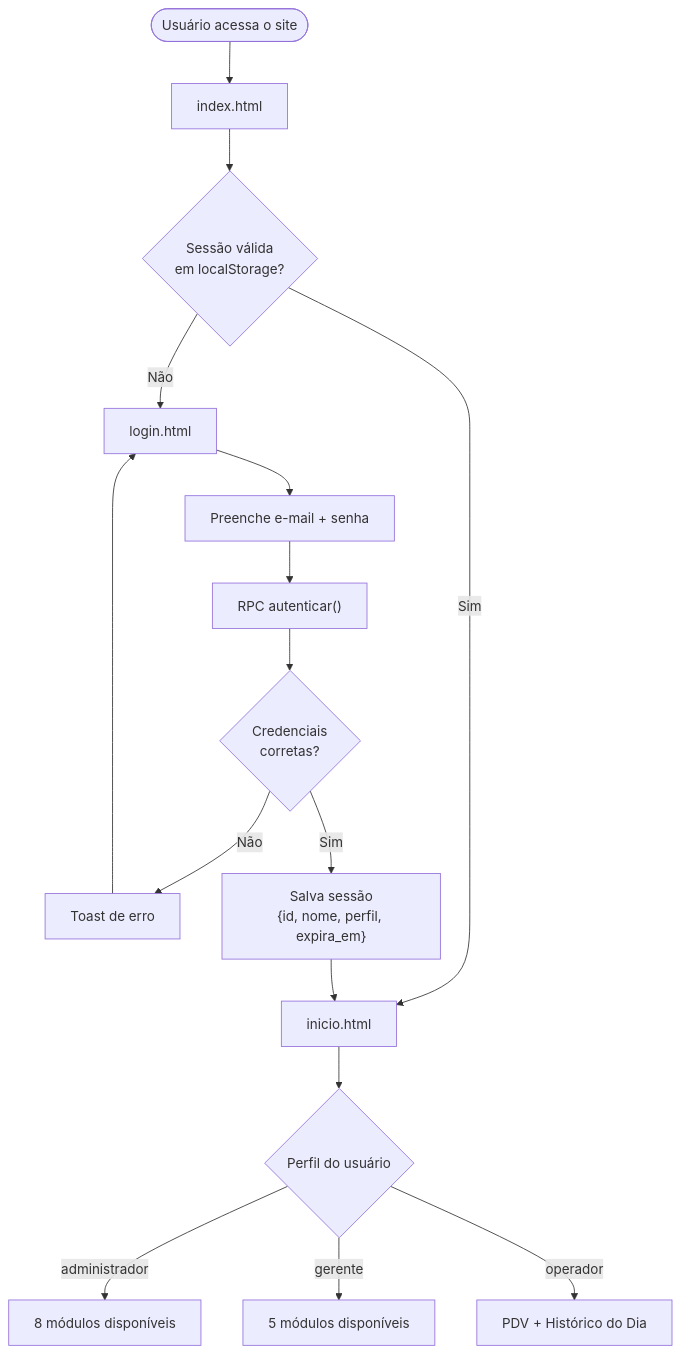
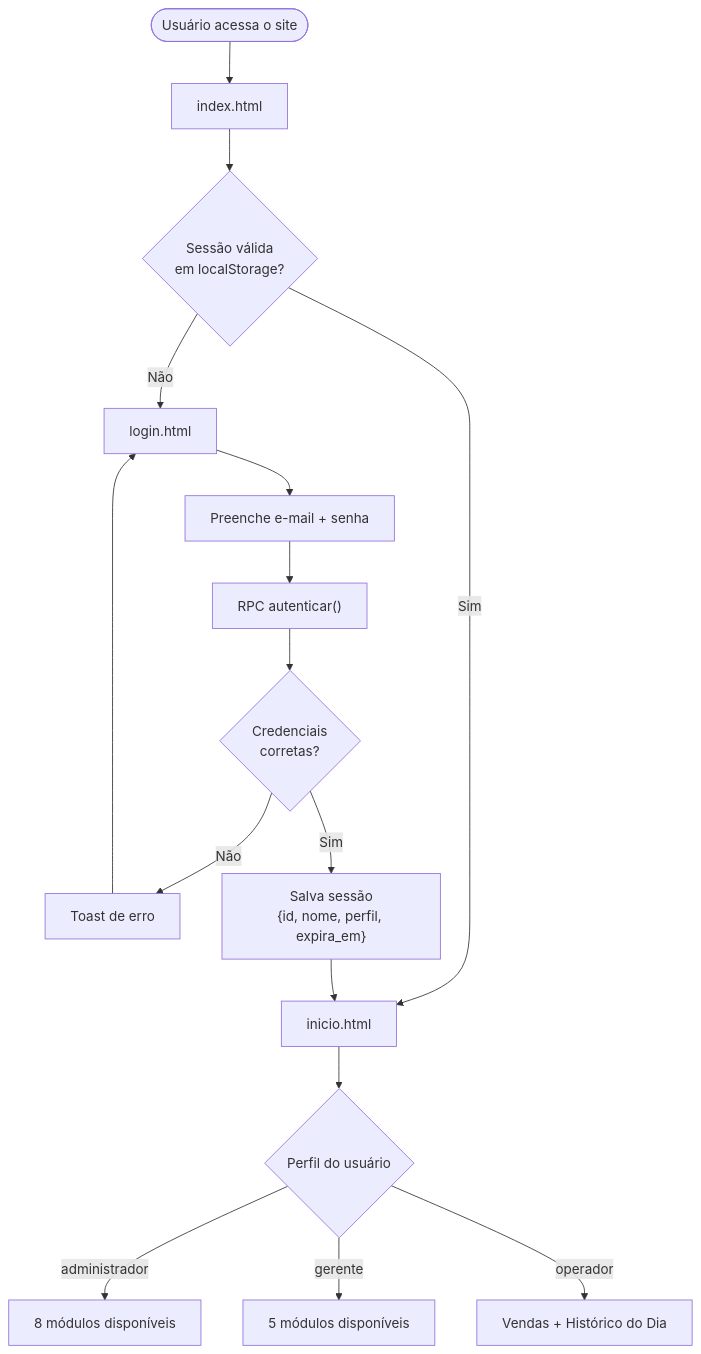
The second of 5 diagrams in README.md (WilsonLucas/gestao_comercial), drawn with Mermaid before and after one commit. The commit also changed other lines of this file and 7 other files, not shown here.

First line of the commit message:
feat: renomeia PDV para Vendas em menu, paginas, JS e documentacao

````diff
--- a/README.md
+++ b/README.md
@@ -74,21 +74,21 @@
 ```mermaid
 flowchart TD
     A([Usuário acessa o site]) --> B[index.html]
     B --> C{Sessão válida\nem localStorage?}
     C -->|Não| D[login.html]
     C -->|Sim| E[inicio.html]
 
     D --> F[Preenche e-mail + senha]
     F --> G["RPC autenticar()"]
     G --> H{Credenciais\ncorretas?}
     H -->|Não| I[Toast de erro]
     H -->|Sim| J["Salva sessão\n{id, nome, perfil, expira_em}"]
     J --> E
 
     E --> K{Perfil do usuário}
     K -->|administrador| L[8 módulos disponíveis]
     K -->|gerente| M[5 módulos disponíveis]
-    K -->|operador| N[PDV + Histórico do Dia]
+    K -->|operador| N[Vendas + Histórico do Dia]
 
     I --> D
 ```
````
